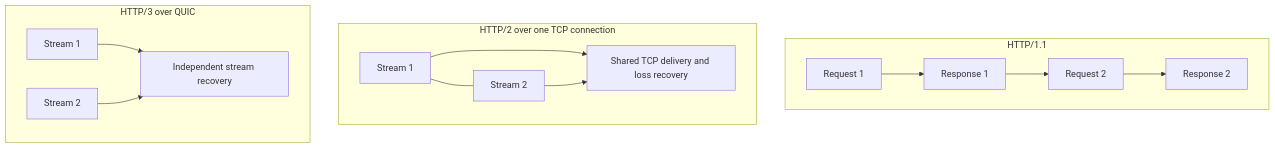
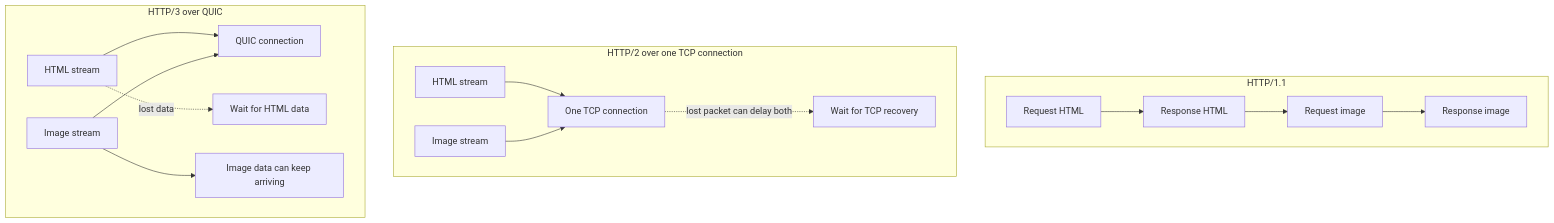
The ninth of 12 diagrams in hld/03-hld-networking-fundamentals/lessons.md (vsharma2430/LearnDesign), drawn with Mermaid before and after one commit. The commit also changed other lines of this file and 1 other file, not shown here.

````diff
--- a/hld/03-hld-networking-fundamentals/lessons.md
+++ b/hld/03-hld-networking-fundamentals/lessons.md
@@ -286,15 +313,17 @@
 ```mermaid
 flowchart TB
     subgraph H1["HTTP/1.1"]
-        A1[Request 1] --> A2[Response 1] --> A3[Request 2] --> A4[Response 2]
+        A1[Request HTML] --> A2[Response HTML] --> A3[Request image] --> A4[Response image]
     end
     subgraph H2["HTTP/2 over one TCP connection"]
-        B1[Stream 1] --- B2[Stream 2]
-        B1 --> B3[Shared TCP delivery and loss recovery]
-        B2 --> B3
+        B1[HTML stream] --> B3[One TCP connection]
+        B2[Image stream] --> B3
+        B3 -. lost packet can delay both .-> B4[Wait for TCP recovery]
     end
     subgraph H3["HTTP/3 over QUIC"]
-        C1[Stream 1] --> C3[Independent stream recovery]
-        C2[Stream 2] --> C3
+        C1[HTML stream] --> C3[QUIC connection]
+        C2[Image stream] --> C3
+        C1 -. lost data .-> C4[Wait for HTML data]
+        C2 --> C5[Image data can keep arriving]
     end
 ```
````
